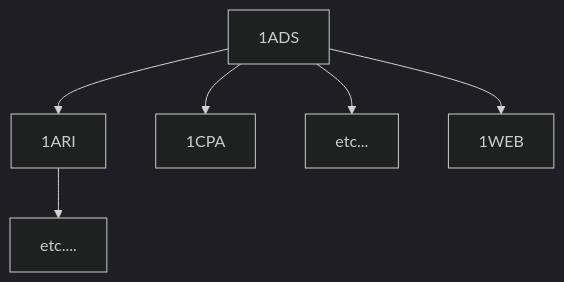
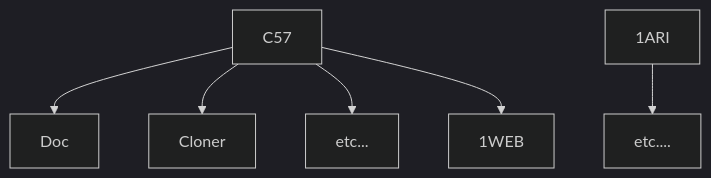
Before and after one commit to c57fr/codinggame: the diagram in li/Learning.md, drawn with Mermaid (dark theme).

````diff
--- a/li/Learning.md
+++ b/li/Learning.md
@@ -29,8 +29,8 @@
 ```mermaid
 graph TD;
-  1ADS-->1ARI
-  1ADS-->1CPA;
-  1ADS-->etc...;
-  1ADS-->1WEB;
+  C57-->Doc
+  C57-->Cloner;
+  C57-->etc...;
+  C57-->1WEB;
   1ARI-->etc....
 ```
````
